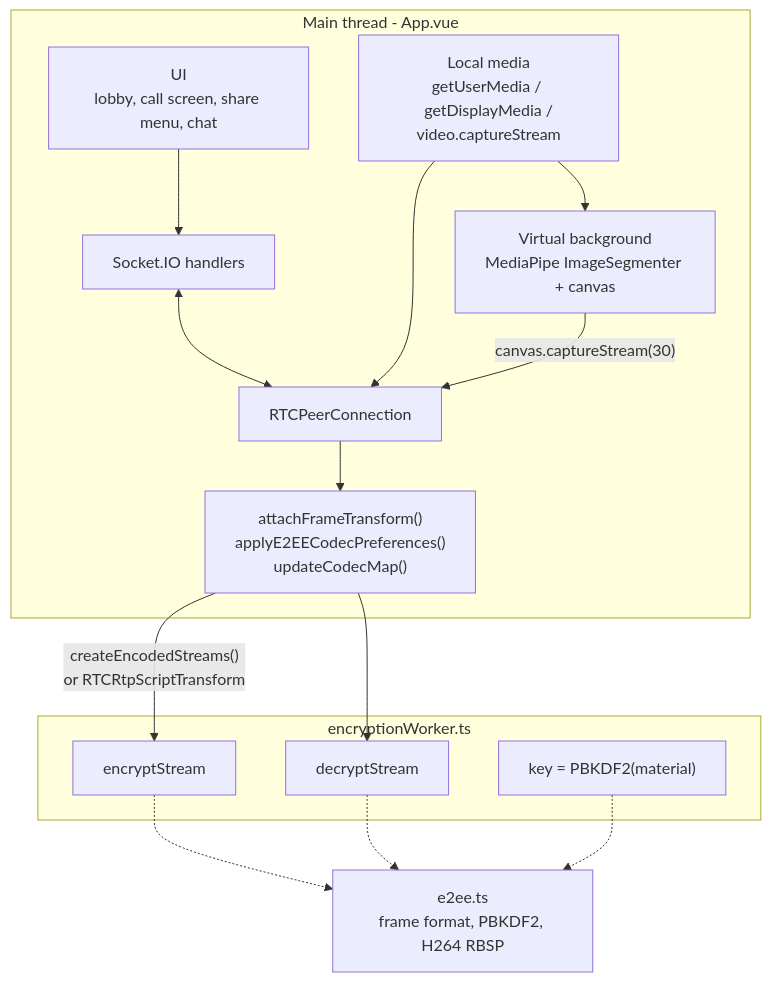
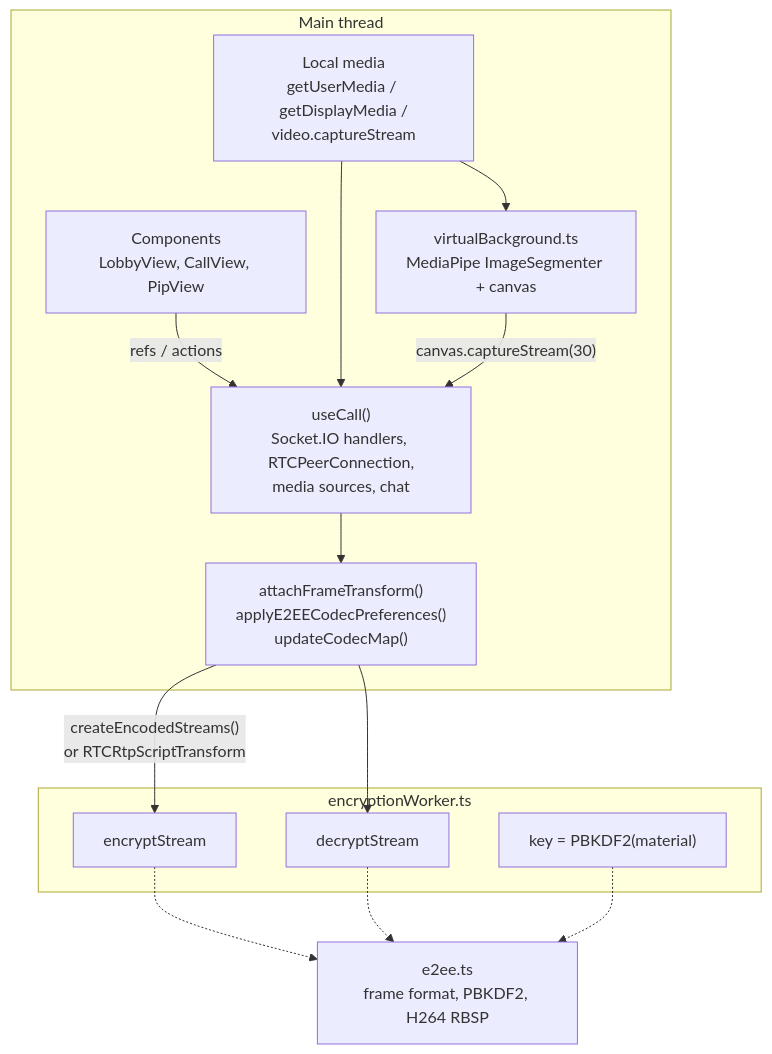
One commit to maitrungduc1410/WebRTC-Demo changed the sixth of 18 diagrams in ARCHITECTURE.md. Above: the diagram before and after it, drawn with Mermaid. The commit also changed other lines of this file and 127 other files, not shown here.

````diff
--- a/ARCHITECTURE.md
+++ b/ARCHITECTURE.md
@@ -189,31 +248,29 @@
 ```mermaid
 flowchart TB
-    subgraph Main thread - App.vue
-        UI["UI<br/>lobby, call screen, share menu, chat"]
-        SIG["Socket.IO handlers"]
-        PC["RTCPeerConnection"]
+    subgraph Main thread
+        UI["Components<br/>LobbyView, CallView, PipView"]
+        CALL["useCall()<br/>Socket.IO handlers, RTCPeerConnection,<br/>media sources, chat"]
         MEDIA["Local media<br/>getUserMedia / getDisplayMedia /<br/>video.captureStream"]
-        VBG["Virtual background<br/>MediaPipe ImageSegmenter + canvas"]
+        VBG["virtualBackground.ts<br/>MediaPipe ImageSegmenter + canvas"]
         TR["attachFrameTransform()<br/>applyE2EECodecPreferences()<br/>updateCodecMap()"]
     end
 
     subgraph encryptionWorker.ts
         KEY["key = PBKDF2(material)"]
         ENC["encryptStream"]
         DEC["decryptStream"]
     end
 
     E2EE["e2ee.ts<br/>frame format, PBKDF2, H264 RBSP"]
 
-    UI --> SIG
-    SIG <--> PC
+    UI -- "refs / actions" --> CALL
     MEDIA --> VBG
-    MEDIA --> PC
-    VBG -- "canvas.captureStream(30)" --> PC
-    PC --> TR
+    MEDIA --> CALL
+    VBG -- "canvas.captureStream(30)" --> CALL
+    CALL --> TR
     TR -- "createEncodedStreams()<br/>or RTCRtpScriptTransform" --> ENC
     TR --> DEC
     ENC -.-> E2EE
     DEC -.-> E2EE
     KEY -.-> E2EE
 ```
````
